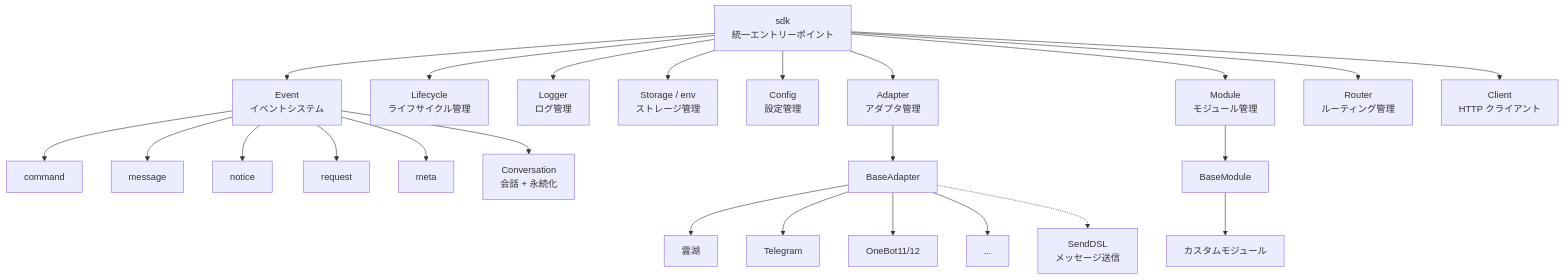
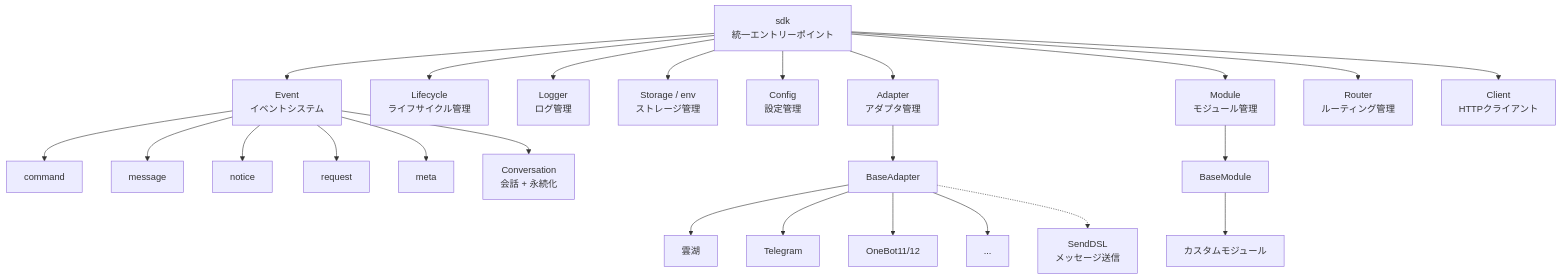
The first of 9 diagrams in docs/ja/architecture.md (ErisPulse/ErisPulse), drawn with Mermaid before and after one commit. The commit also changed other lines of this file and 79 other files, not shown here.

````diff
--- a/docs/ja/architecture.md
+++ b/docs/ja/architecture.md
@@ -9,31 +9,31 @@
 ```mermaid
 graph TB
     SDK["sdk<br/>統一エントリーポイント"]
 
     SDK --> Event["Event<br/>イベントシステム"]
     SDK --> Lifecycle["Lifecycle<br/>ライフサイクル管理"]
     SDK --> Logger["Logger<br/>ログ管理"]
     SDK --> Storage["Storage / env<br/>ストレージ管理"]
     SDK --> Config["Config<br/>設定管理"]
     SDK --> AdapterMgr["Adapter<br/>アダプタ管理"]
     SDK --> ModuleMgr["Module<br/>モジュール管理"]
     SDK --> Router["Router<br/>ルーティング管理"]
-    SDK --> Client["Client<br/>HTTP クライアント"]
+    SDK --> Client["Client<br/>HTTPクライアント"]
     Event --> Command["command"]
     Event --> Message["message"]
     Event --> Notice["notice"]
     Event --> Request["request"]
     Event --> Meta["meta"]
     Event --> Conversation["Conversation<br/>会話 + 永続化"]
 
     AdapterMgr --> BaseAdapter["BaseAdapter"]
     BaseAdapter --> P1["雲湖"]
     BaseAdapter --> P2["Telegram"]
     BaseAdapter --> P3["OneBot11/12"]
     BaseAdapter --> PN["..."]
 
     ModuleMgr --> BaseModule["BaseModule"]
     BaseModule --> CM["カスタムモジュール"]
 
     BaseAdapter -.-> SendDSL["SendDSL<br/>メッセージ送信"]
 ```
````
